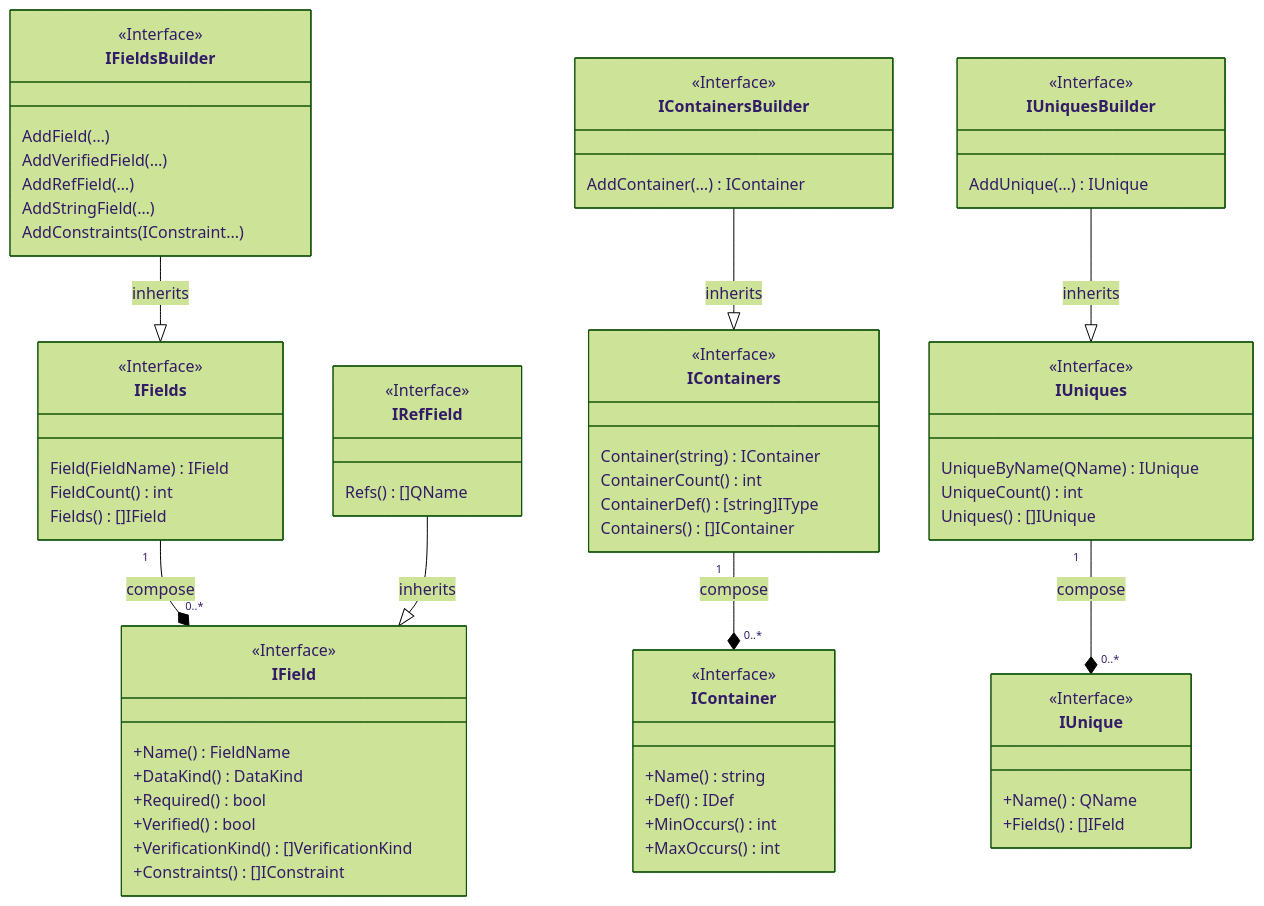
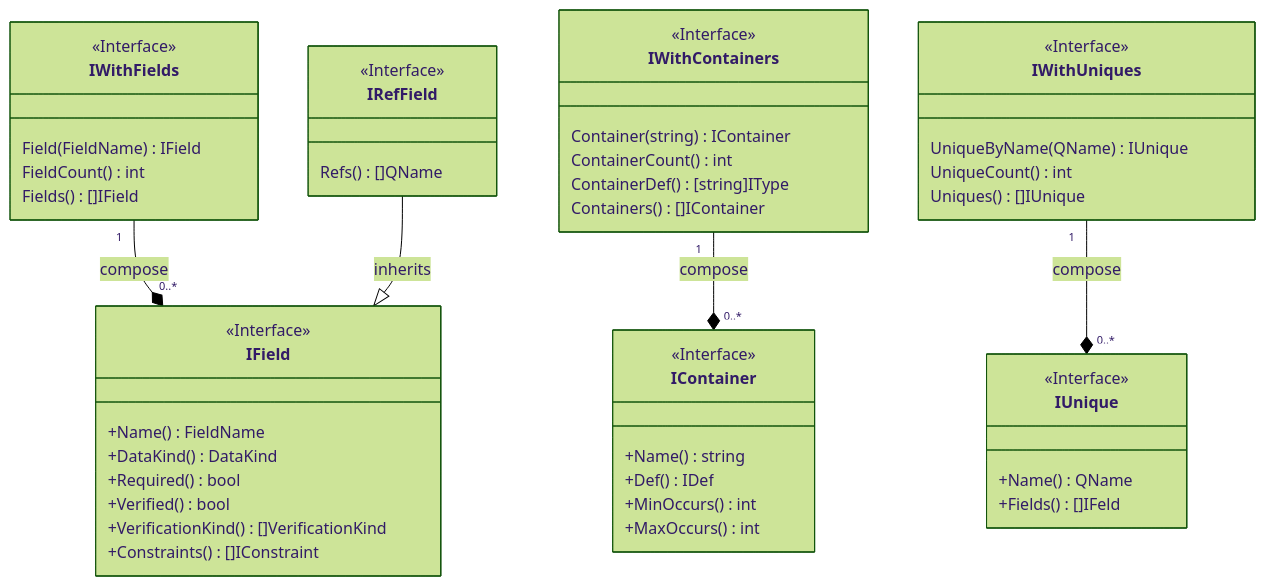
The sixth of 9 diagrams in pkg/appdef/README.md (voedger/voedger), drawn with Mermaid (forest theme) before and after one commit. The commit also changed other lines of this file and 283 other files, not shown here.

````diff
--- a/pkg/appdef/README.md
+++ b/pkg/appdef/README.md
@@ -451,80 +443,58 @@
 ```mermaid
 classDiagram
 
   class IField {
     <<Interface>>
     +Name() FieldName
     +DataKind() DataKind
     +Required() bool
     +Verified() bool
     +VerificationKind() []VerificationKind
     +Constraints() []IConstraint
   }
 
-  class IFields{
+  class IWithFields{
     <<Interface>>
     Field(FieldName) IField
     FieldCount() int
     Fields() []IField
   }
-  IFields "1" --* "0..*" IField : compose
-
-  IFieldsBuilder --|> IFields : inherits
-  class IFieldsBuilder {
-    <<Interface>>
-    AddField(…)
-    AddVerifiedField(…)
-    AddRefField(…)
-    AddStringField(…)
-    AddConstraints(IConstraint...)
-  }
+  IWithFields "1" --* "0..*" IField : compose
 
   IRefField --|> IField : inherits
   class IRefField {
     <<Interface>>
     Refs() []QName
   }
 
   class IContainer {
     <<Interface>>
     +Name() string
     +Def() IDef
     +MinOccurs() int
     +MaxOccurs() int
   }
 
-  class IContainers{
+  class IWithContainers{
     <<Interface>>
     Container(string) IContainer
     ContainerCount() int
     ContainerDef() [string]IType
     Containers() []IContainer
   }
-  IContainers "1" --* "0..*" IContainer : compose
-
-  IContainersBuilder --|> IContainers : inherits
-  class IContainersBuilder {
-    <<Interface>>
-    AddContainer(…) IContainer
-  }
+  IWithContainers "1" --* "0..*" IContainer : compose
 
   class IUnique {
     <<Interface>>
     +Name() QName
     +Fields() []IFeld
   }
 
-  class IUniques{
+  class IWithUniques{
     <<Interface>>
     UniqueByName(QName) IUnique
     UniqueCount() int
     Uniques() []IUnique
   }
-  IUniques "1" --* "0..*" IUnique : compose
-
-  IUniquesBuilder --|> IUniques : inherits
-  class IUniquesBuilder {
-    <<Interface>>
-    AddUnique(…) IUnique
-  }
+  IWithUniques "1" --* "0..*" IUnique : compose
 ```
````
